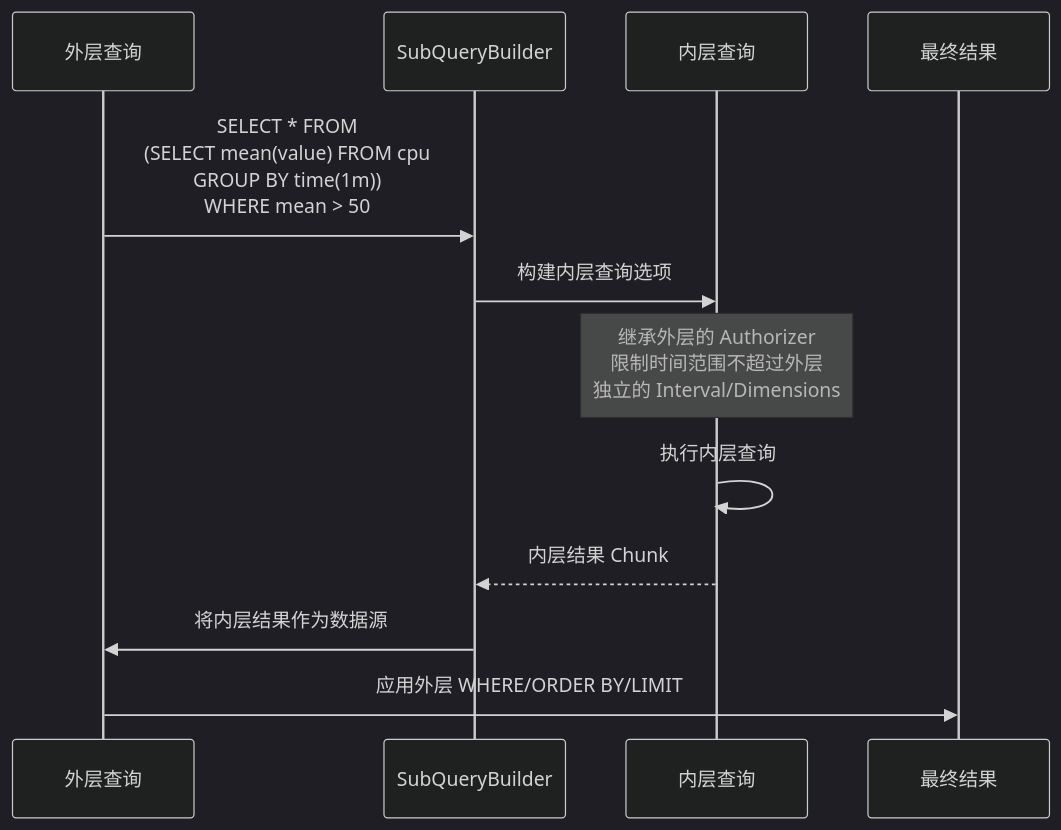
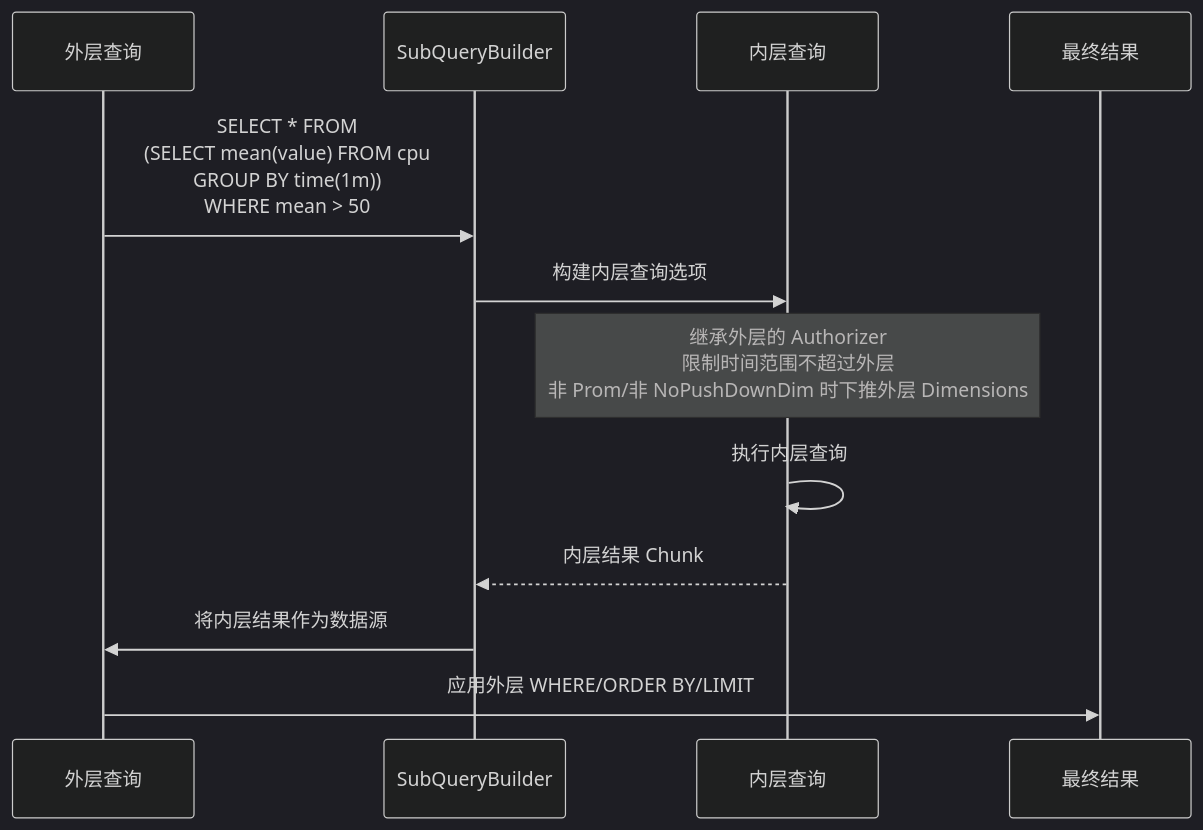
Diagram 18 of 33 in docs/specs/03_query_engine_spec.md (stefanv5/openGemini), drawn with Mermaid (dark theme) before and after one commit. The commit also changed other lines of this file and 37 other files, not shown here.

````diff
--- a/docs/specs/03_query_engine_spec.md
+++ b/docs/specs/03_query_engine_spec.md
@@ -1644,18 +1746,18 @@
 ```mermaid
 sequenceDiagram
     participant SQL as 外层查询
     participant Sub as SubQueryBuilder
     participant Inner as 内层查询
     participant Output as 最终结果
 
     SQL->>Sub: SELECT * FROM<br/>(SELECT mean(value) FROM cpu<br/>GROUP BY time(1m))<br/>WHERE mean > 50
 
     Sub->>Inner: 构建内层查询选项
-    Note over Inner: 继承外层的 Authorizer<br/>限制时间范围不超过外层<br/>独立的 Interval/Dimensions
+    Note over Inner: 继承外层的 Authorizer<br/>限制时间范围不超过外层<br/>非 Prom/非 NoPushDownDim 时下推外层 Dimensions
 
     Inner->>Inner: 执行内层查询
     Inner-->>Sub: 内层结果 Chunk
 
     Sub->>SQL: 将内层结果作为数据源
     SQL->>Output: 应用外层 WHERE/ORDER BY/LIMIT
 ```
````
